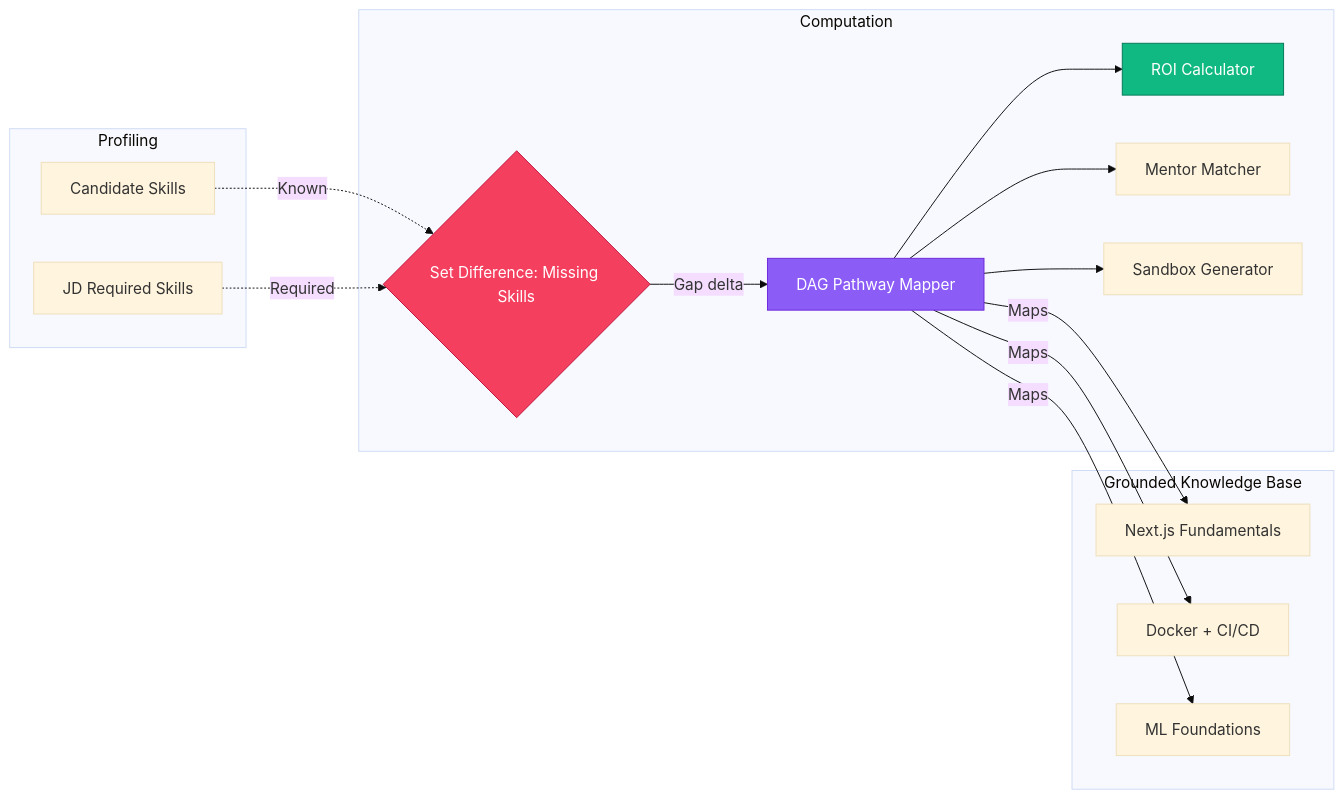
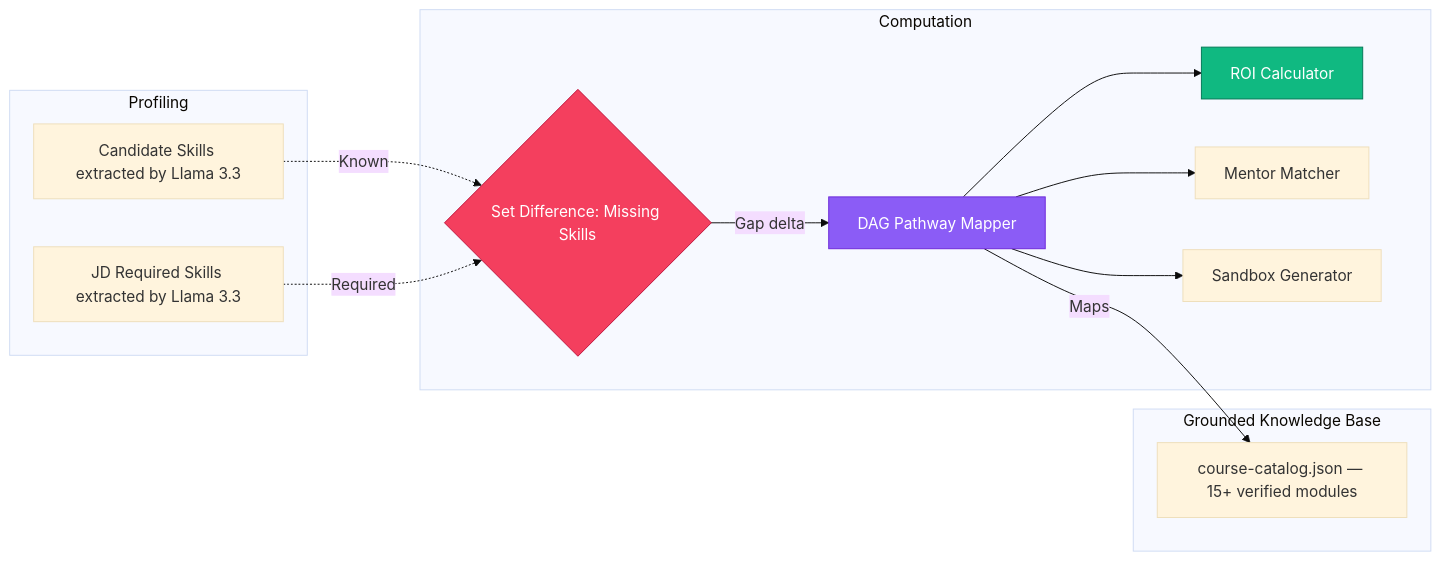
One commit to a-zax/ArtPark_team_monikabhati2005 changed the second of 3 diagrams in README.md. Above: the diagram before and after it, drawn with Mermaid (base theme). The commit also changed other lines of this file and 1 other file, not shown here.

````diff
--- a/README.md
+++ b/README.md
@@ -81,31 +109,29 @@
 ```mermaid
 graph LR
     subgraph Profiling
-    CS[Candidate Skills]
-    RS[JD Required Skills]
+    CS[Candidate Skills extracted by Llama 3.3]
+    RS[JD Required Skills extracted by Llama 3.3]
     end
 
     subgraph Computation
     GAP{Set Difference: Missing Skills}
     ALGO[DAG Pathway Mapper]
     ROI[ROI Calculator]
     MENTOR[Mentor Matcher]
     SANDBOX[Sandbox Generator]
     end
 
     subgraph Grounded Knowledge Base
-    C1[Next.js Fundamentals]
-    C2[Docker + CI/CD]
-    C3[ML Foundations]
+    C1[course-catalog.json — 15+ verified modules]
     end
 
     CS -.->|Known| GAP
     RS -.->|Required| GAP
     GAP -->|Gap delta| ALGO
-    ALGO -->|Maps| C1 & C2 & C3
+    ALGO -->|Maps| C1
     ALGO --> ROI & MENTOR & SANDBOX
 
     style GAP fill:#f43f5e,stroke:#be123c,color:#fff
     style ALGO fill:#8b5cf6,stroke:#6d28d9,color:#fff
     style ROI fill:#10b981,stroke:#047857,color:#fff
 ```
````
